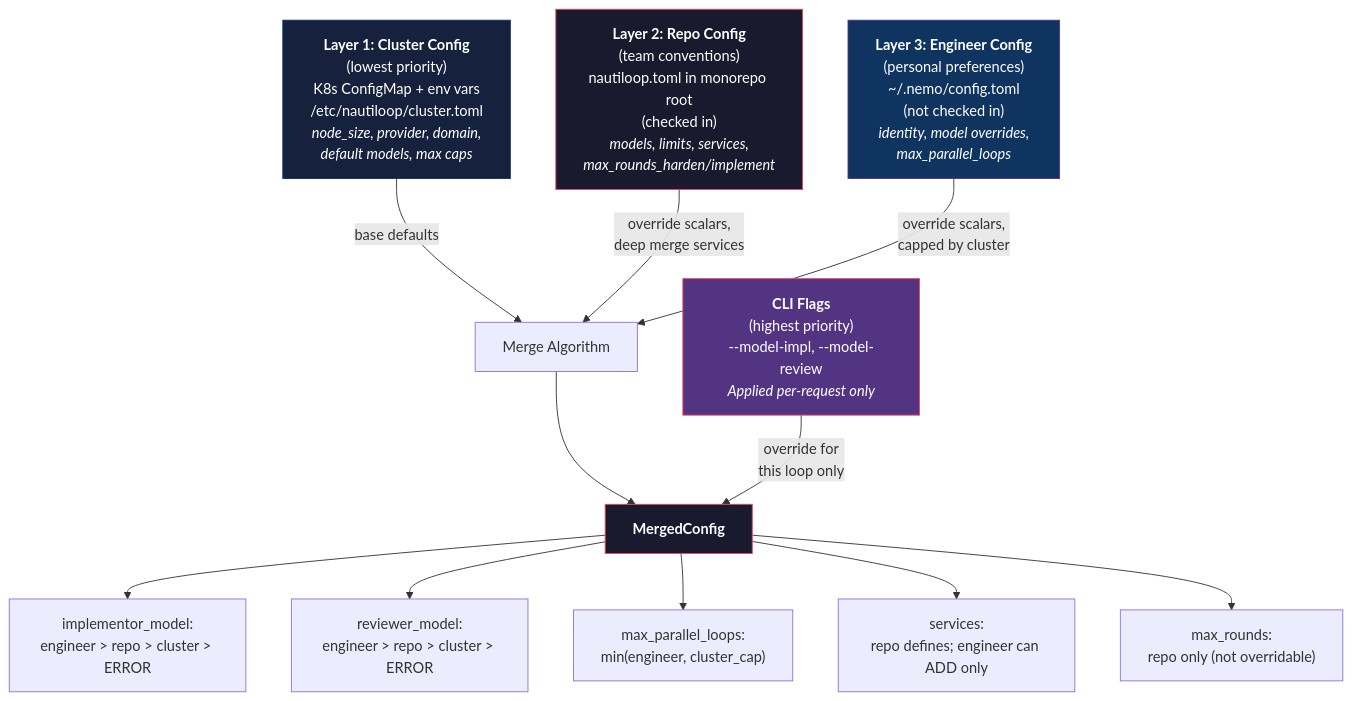
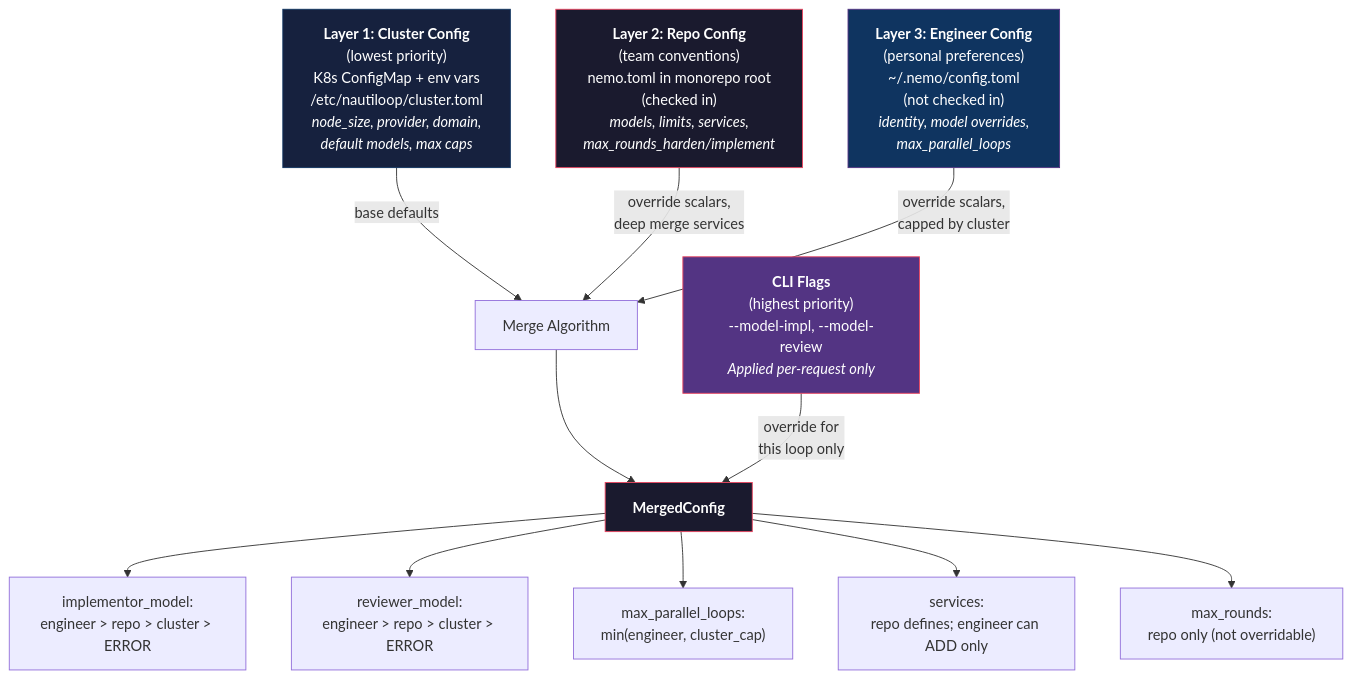
The sixth of 12 diagrams in docs/architecture-diagrams.md (tinkrtailor/nautiloop), drawn with Mermaid before and after one commit. The commit also changed 14 other files, not shown here.

Commit message:
fix: keep nemo.toml as config filename (CLI generates it via nemo init)

````diff
--- a/docs/architecture-diagrams.md
+++ b/docs/architecture-diagrams.md
@@ -313,32 +313,32 @@
 ```mermaid
 graph TD
     CL["<b>Layer 1: Cluster Config</b><br/>(lowest priority)<br/>K8s ConfigMap + env vars<br/>/etc/nautiloop/cluster.toml<br/><i>node_size, provider, domain,<br/>default models, max caps</i>"]
 
-    REPO["<b>Layer 2: Repo Config</b><br/>(team conventions)<br/>nautiloop.toml in monorepo root<br/>(checked in)<br/><i>models, limits, services,<br/>max_rounds_harden/implement</i>"]
+    REPO["<b>Layer 2: Repo Config</b><br/>(team conventions)<br/>nemo.toml in monorepo root<br/>(checked in)<br/><i>models, limits, services,<br/>max_rounds_harden/implement</i>"]
 
     ENG["<b>Layer 3: Engineer Config</b><br/>(personal preferences)<br/>~/.nemo/config.toml<br/>(not checked in)<br/><i>identity, model overrides,<br/>max_parallel_loops</i>"]
 
     CLI_FLAGS["<b>CLI Flags</b><br/>(highest priority)<br/>--model-impl, --model-review<br/><i>Applied per-request only</i>"]
 
     CL -->|"base defaults"| MERGE
     REPO -->|"override scalars,<br/>deep merge services"| MERGE
     ENG -->|"override scalars,<br/>capped by cluster"| MERGE
 
     MERGE["Merge Algorithm"]
 
     MERGE --> MC["<b>MergedConfig</b>"]
 
     CLI_FLAGS -->|"override for<br/>this loop only"| MC
 
     MC --> R1["implementor_model:<br/>engineer > repo > cluster > ERROR"]
     MC --> R2["reviewer_model:<br/>engineer > repo > cluster > ERROR"]
     MC --> R3["max_parallel_loops:<br/>min(engineer, cluster_cap)"]
     MC --> R4["services:<br/>repo defines; engineer can ADD only"]
     MC --> R5["max_rounds:<br/>repo only (not overridable)"]
 
     style CL fill:#16213e,stroke:#0f3460,color:#fff
     style REPO fill:#1a1a2e,stroke:#e94560,color:#fff
     style ENG fill:#0f3460,stroke:#533483,color:#fff
     style CLI_FLAGS fill:#533483,stroke:#e94560,color:#fff
     style MC fill:#1a1a2e,stroke:#e94560,color:#fff
 ```
````
